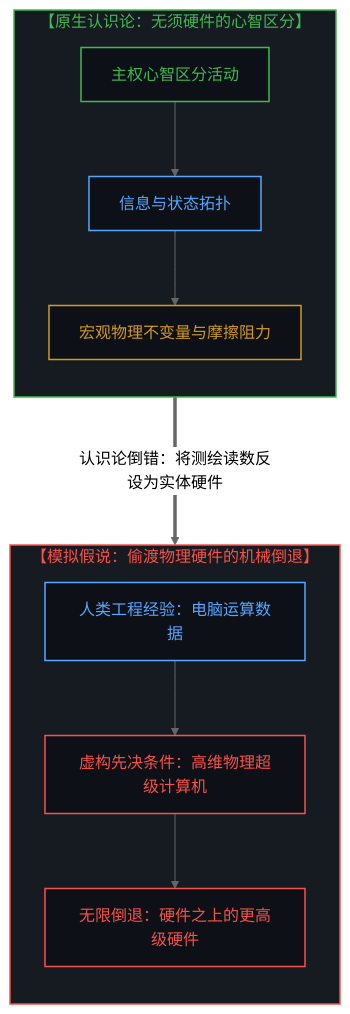
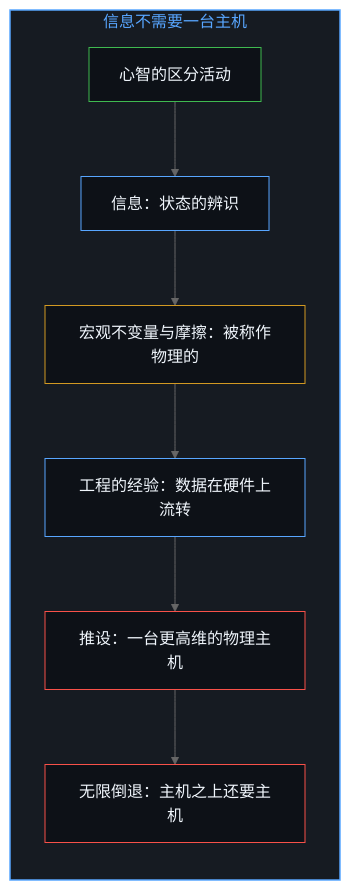
The first of 10 diagrams in content/posts/all-that-can-be-spoken-is-the-product-of-the-unspeakable.md (powerpig99/not-a-toe), drawn with Mermaid (neutral theme) before and after one commit. The commit also changed other lines of this file and 2 other files, not shown here.

Commit message:
Refine all-that-can-be-spoken-is-the-product-of-the-unspeakable: alternating bilingual layout, five paired diagrams, the cut and the informational side of the machine, implicit first person

````diff
--- a/content/posts/all-that-can-be-spoken-is-the-product-of-the-unspeakable.md
+++ b/content/posts/all-that-can-be-spoken-is-the-product-of-the-unspeakable.md
@@ -17,29 +21,25 @@
 ```mermaid
-graph TD
-    classDef default fill:#0d1117,stroke:#30363d,stroke-width:1px,color:#f0f6fc;
-    classDef mind fill:#0d1117,stroke:#3fb950,stroke-width:1.5px,color:#3fb950;
-    classDef failure fill:#0d1117,stroke:#f85149,stroke-width:1.5px,color:#f85149;
-    classDef scaffold fill:#0d1117,stroke:#d29922,stroke-width:1.5px,color:#d29922;
-    classDef model fill:#0d1117,stroke:#58a6ff,stroke-width:1.5px,color:#58a6ff;
-
-    subgraph S_True ["【原生认识论：无须硬件的心智区分】"]
+flowchart TD
+    subgraph S_Host["信息不需要一台主机"]
         direction TB
-        M1["主权心智区分活动"]:::mind
-        M2["信息与状态拓扑"]:::model
-        M3["宏观物理不变量与摩擦阻力"]:::scaffold
-        M1 --> M2 --> M3
+        Dist["心智的区分活动"]
+        Info["信息：状态的辨识"]
+        Inv["宏观不变量与摩擦：被称作物理的"]
+        Eng["工程的经验：数据在硬件上流转"]
+        Host["推设：一台更高维的物理主机"]
+        Regress["无限倒退：主机之上还要主机"]
+        Dist --> Info
+        Info --> Inv
+        Inv --> Eng
+        Eng --> Host
+        Host --> Regress
     end
 
-    subgraph S_Fallacy ["【模拟假说：偷渡物理硬件的机械倒退】"]
-        direction TB
-        F1["人类工程经验：电脑运算数据"]:::model
-        F2["虚构先决条件：高维物理超级计算机"]:::failure
-        F3["无限倒退：硬件之上的更高级硬件"]:::failure
-        F1 --> F2 --> F3
-    end
-
-    M3 ===>|"认识论倒错：将测绘读数反设为实体硬件"| F1
-
-    style S_True fill:#161b22,stroke:#3fb950,stroke-width:1.5px,color:#3fb950
-    style S_Fallacy fill:#161b22,stroke:#f85149,stroke-width:1.5px,color:#f85149
+    style S_Host fill:#161b22,stroke:#58a6ff,stroke-width:1.5px,color:#58a6ff
+    style Dist fill:#0d1117,stroke:#3fb950,stroke-width:1px,color:#f0f6fc
+    style Info fill:#0d1117,stroke:#58a6ff,stroke-width:1px,color:#f0f6fc
+    style Inv fill:#0d1117,stroke:#d29922,stroke-width:1px,color:#f0f6fc
+    style Eng fill:#0d1117,stroke:#58a6ff,stroke-width:1px,color:#f0f6fc
+    style Host fill:#0d1117,stroke:#f85149,stroke-width:1px,color:#f0f6fc
+    style Regress fill:#0d1117,stroke:#f85149,stroke-width:1px,color:#f0f6fc
 ```
````
